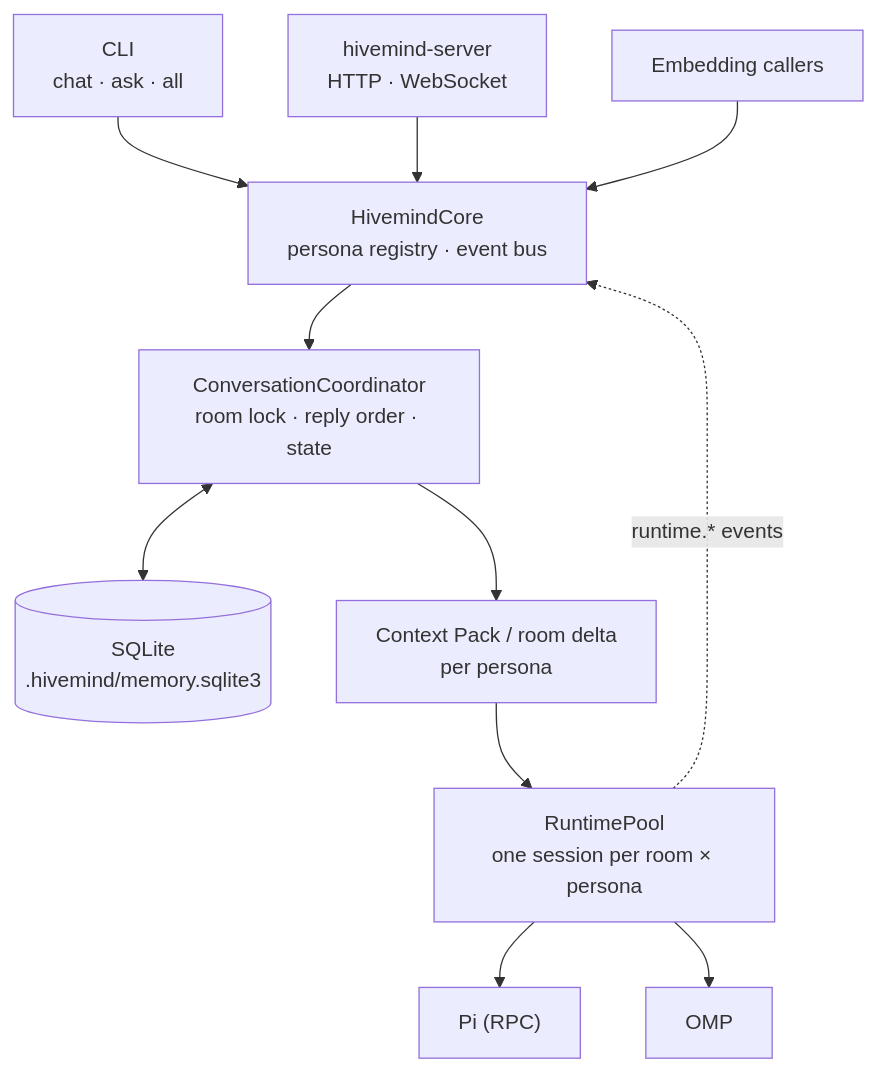
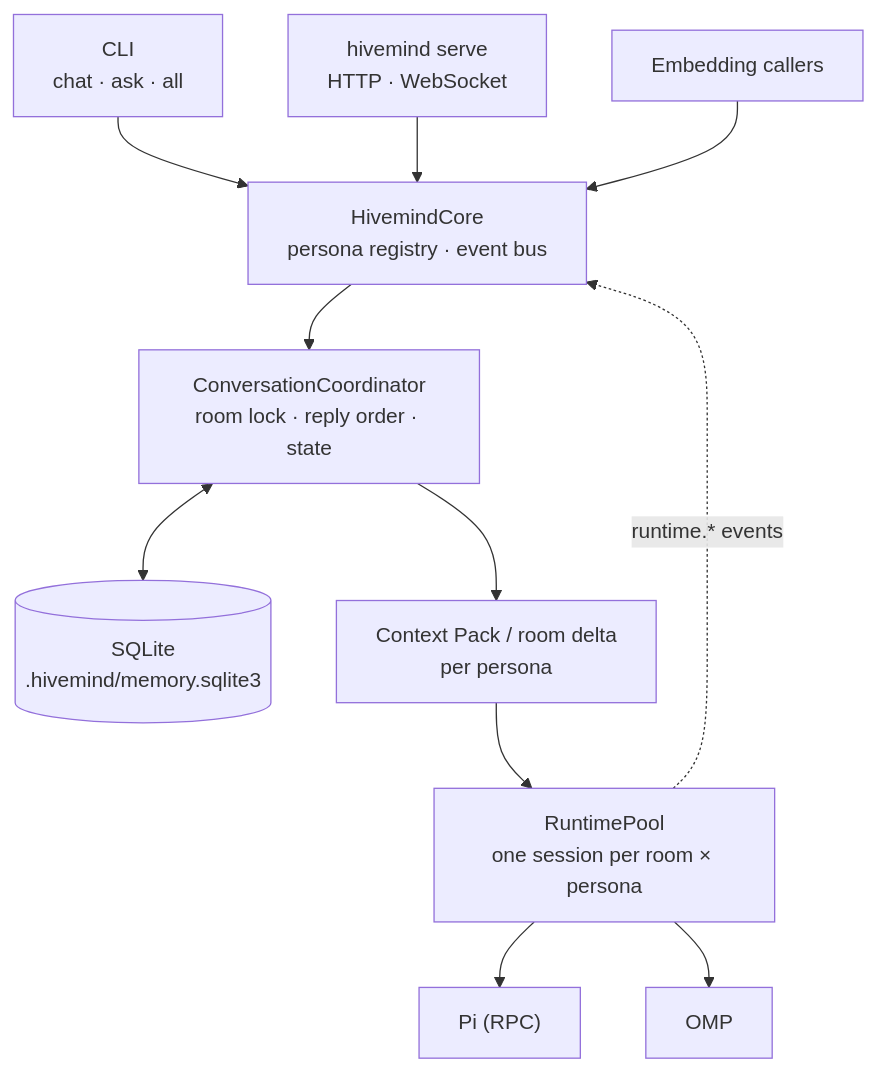
Before and after one commit to Anxiety471/Hivemind: the diagram in README.md, drawn with Mermaid. The commit also changed other lines of this file and 31 other files, not shown here.

````diff
--- a/README.md
+++ b/README.md
@@ -345,13 +345,13 @@
 ```mermaid
 flowchart TD
     CLI["CLI<br/>chat · ask · all"] --> Core
-    API["hivemind-server<br/>HTTP · WebSocket"] --> Core
+    API["hivemind serve<br/>HTTP · WebSocket"] --> Core
     Embed["Embedding callers"] --> Core
     Core["HivemindCore<br/>persona registry · event bus"] --> Coord["ConversationCoordinator<br/>room lock · reply order · state"]
     Coord <--> DB[("SQLite<br/>.hivemind/memory.sqlite3")]
     Coord --> Pack["Context Pack / room delta<br/>per persona"]
     Pack --> Pool["RuntimePool<br/>one session per room × persona"]
     Pool --> Pi["Pi (RPC)"]
     Pool --> OMP["OMP"]
     Pool -. "runtime.* events" .-> Core
 ```
````
